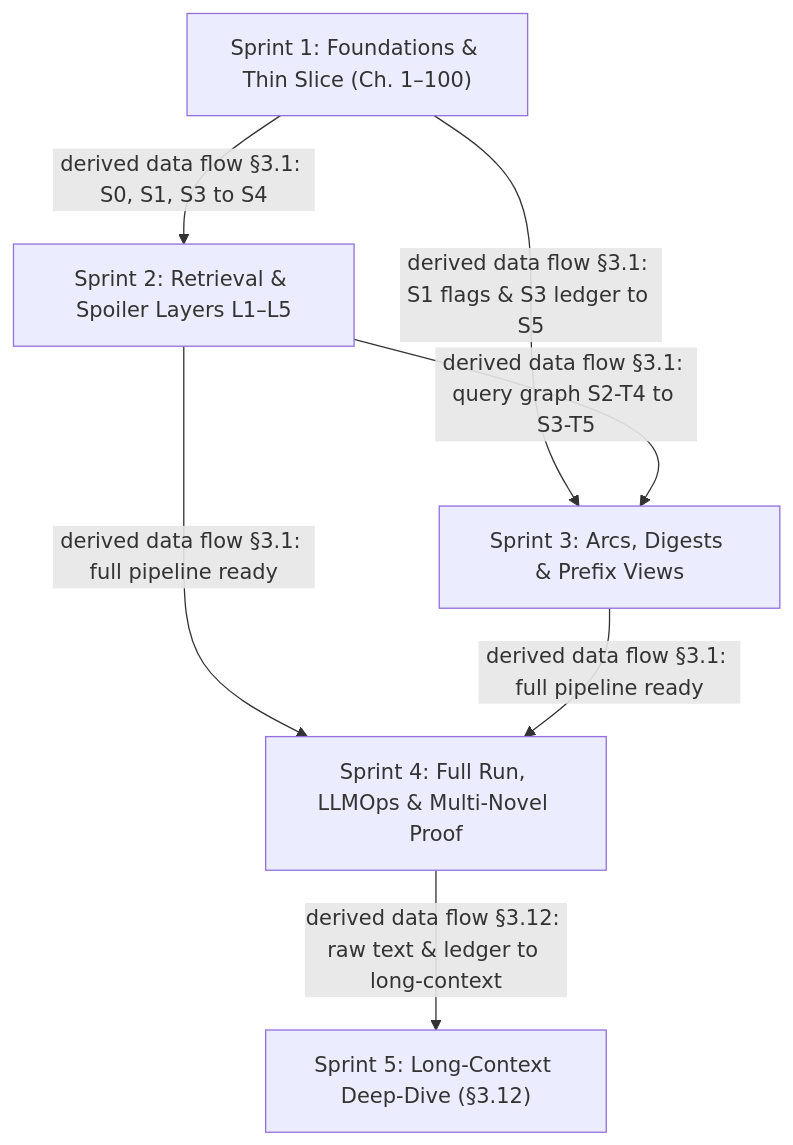
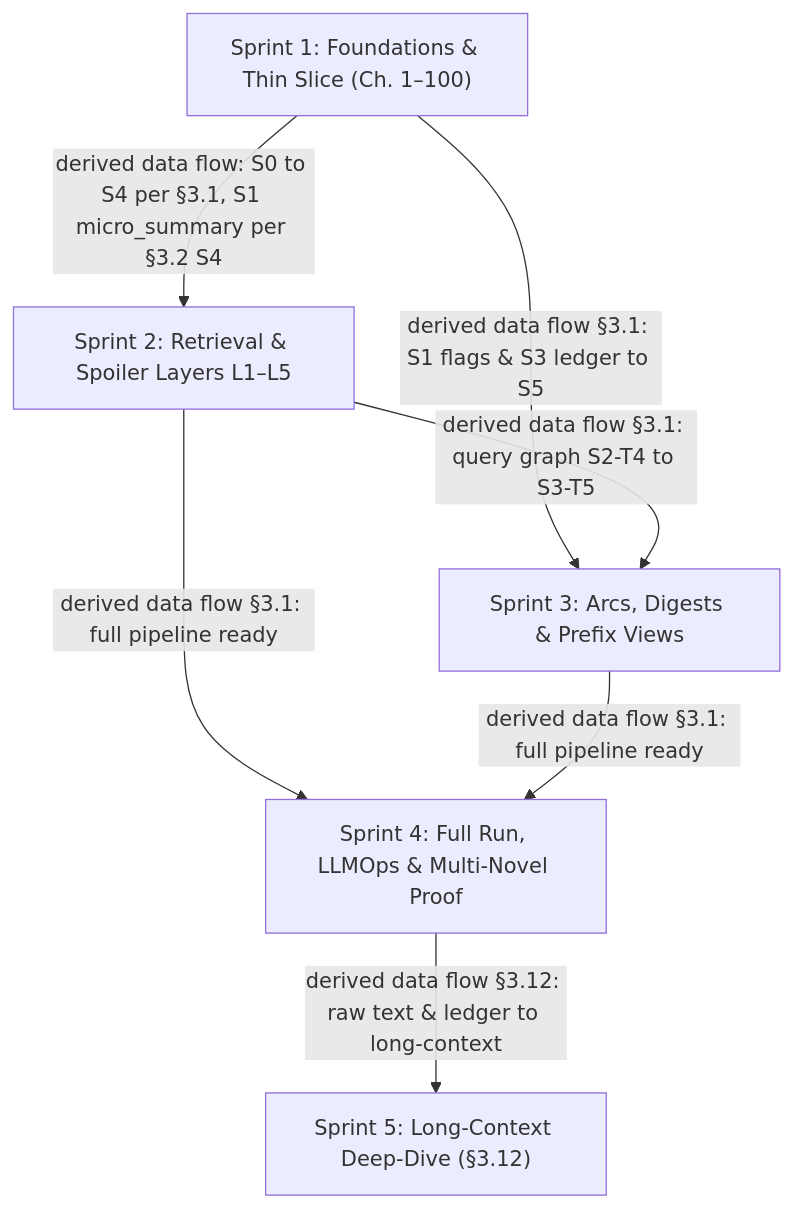
One commit to xhuyvn/xian_agent changed the diagram in docs/IMPLEMENTATION_PLAN.md. Above: the diagram before and after it, drawn with Mermaid. The commit also changed other lines of this file, not shown here.

````diff
--- a/docs/IMPLEMENTATION_PLAN.md
+++ b/docs/IMPLEMENTATION_PLAN.md
@@ -63,14 +63,14 @@
 ```mermaid
 flowchart TD
     Sprint1["Sprint 1: Foundations & Thin Slice (Ch. 1–100)"]
     Sprint2["Sprint 2: Retrieval & Spoiler Layers L1–L5"]
     Sprint3["Sprint 3: Arcs, Digests & Prefix Views"]
     Sprint4["Sprint 4: Full Run, LLMOps & Multi-Novel Proof"]
     Sprint5["Sprint 5: Long-Context Deep-Dive (§3.12)"]
 
-    Sprint1 -->|derived data flow §3.1: S0, S1, S3 to S4| Sprint2
+    Sprint1 -->|derived data flow: S0 to S4 per §3.1, S1 micro_summary per §3.2 S4| Sprint2
     Sprint1 -->|derived data flow §3.1: S1 flags & S3 ledger to S5| Sprint3
     Sprint2 -->|derived data flow §3.1: query graph S2-T4 to S3-T5| Sprint3
     Sprint2 & Sprint3 -->|derived data flow §3.1: full pipeline ready| Sprint4
     Sprint4 -->|derived data flow §3.12: raw text & ledger to long-context| Sprint5
 ```
````
